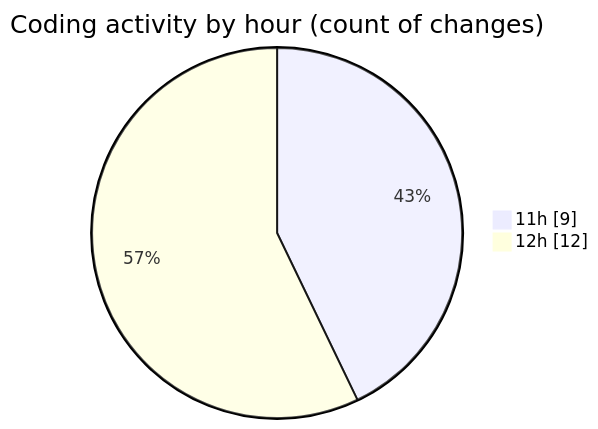
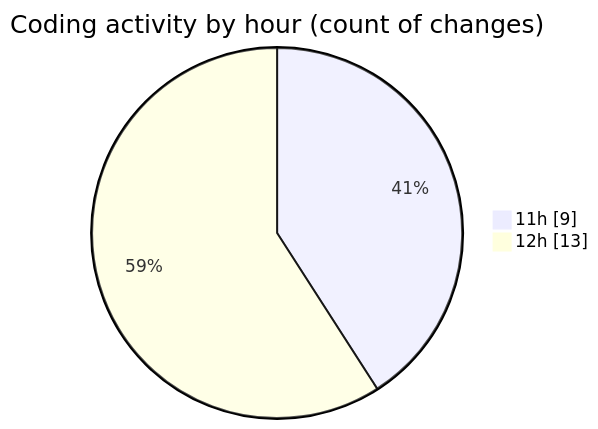
One commit to momahboobian/code-tracking changed the second of 2 diagrams in 2025-02-05/cda/README.md. Above: the diagram before and after it, drawn with Mermaid. The commit also changed other lines of this file and 1 other file, not shown here.

````diff
--- a/2025-02-05/cda/README.md
+++ b/2025-02-05/cda/README.md
@@ -36,6 +36,6 @@
 ```mermaid
 pie showData
 title Coding activity by hour (count of changes)
 "11h" : 9
-"12h" : 12
+"12h" : 13
 ```
````
